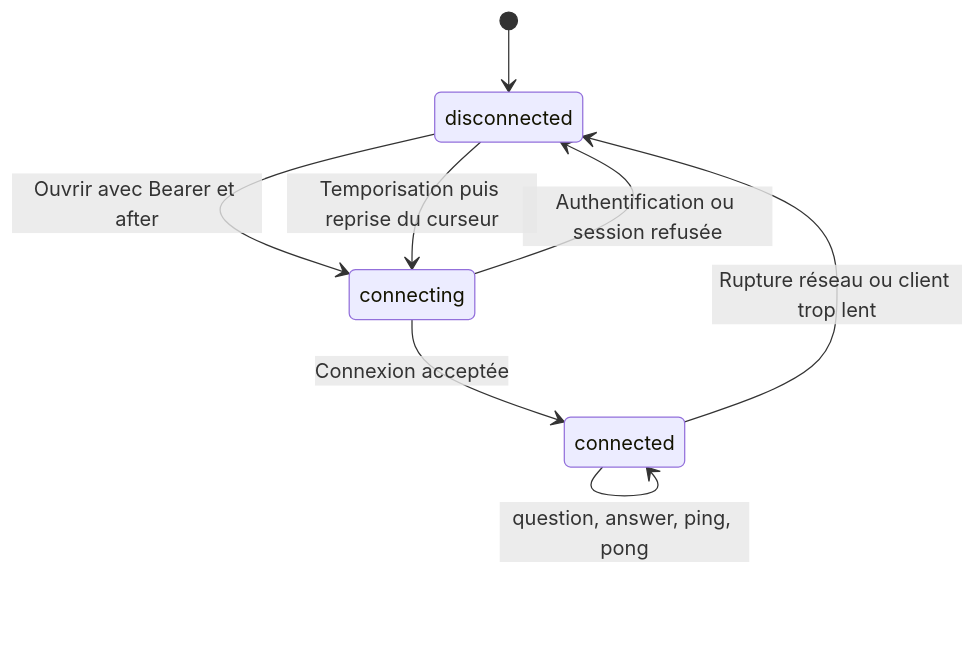
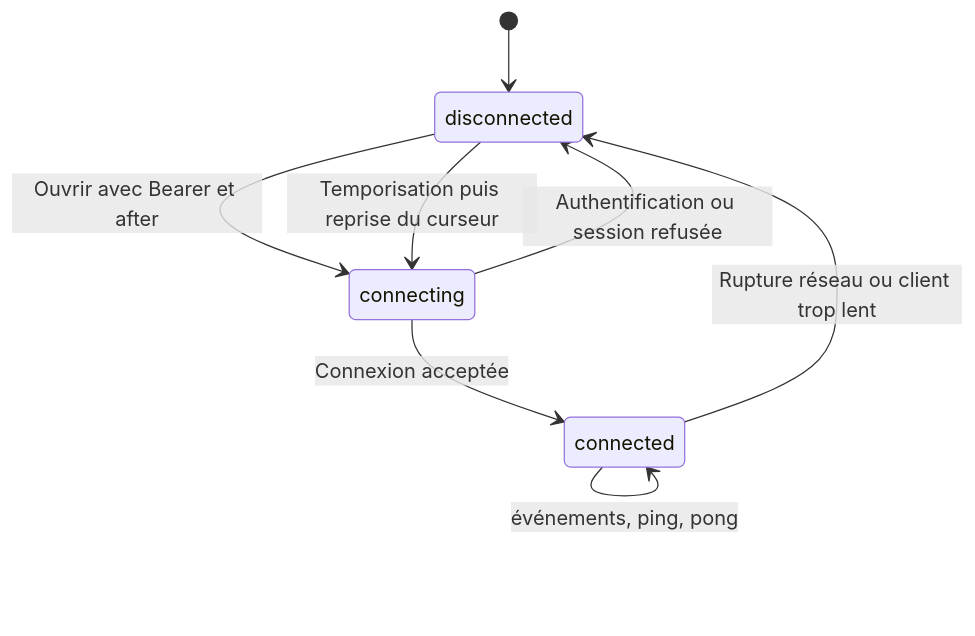
One commit to Mindsept/Looki--Vision changed the fifth of 8 diagrams in docs/03-contrats-et-flux.md. Above: the diagram before and after it, drawn with Mermaid. The commit also changed other lines of this file and 56 other files, not shown here.

````diff
--- a/docs/03-contrats-et-flux.md
+++ b/docs/03-contrats-et-flux.md
@@ -116,12 +118,12 @@
 ```mermaid
 stateDiagram-v2
     [*] --> disconnected
     disconnected --> connecting: Ouvrir avec Bearer et after
     connecting --> disconnected: Authentification ou session refusée
     connecting --> connected: Connexion acceptée
     connected --> connected: État initial avec id null
     connected --> connected: Rejeu puis nouveaux événements
-    connected --> connected: question, answer, ping, pong
+    connected --> connected: événements, ping, pong
     connected --> disconnected: Rupture réseau ou client trop lent
     disconnected --> connecting: Temporisation puis reprise du curseur
 ```
````
